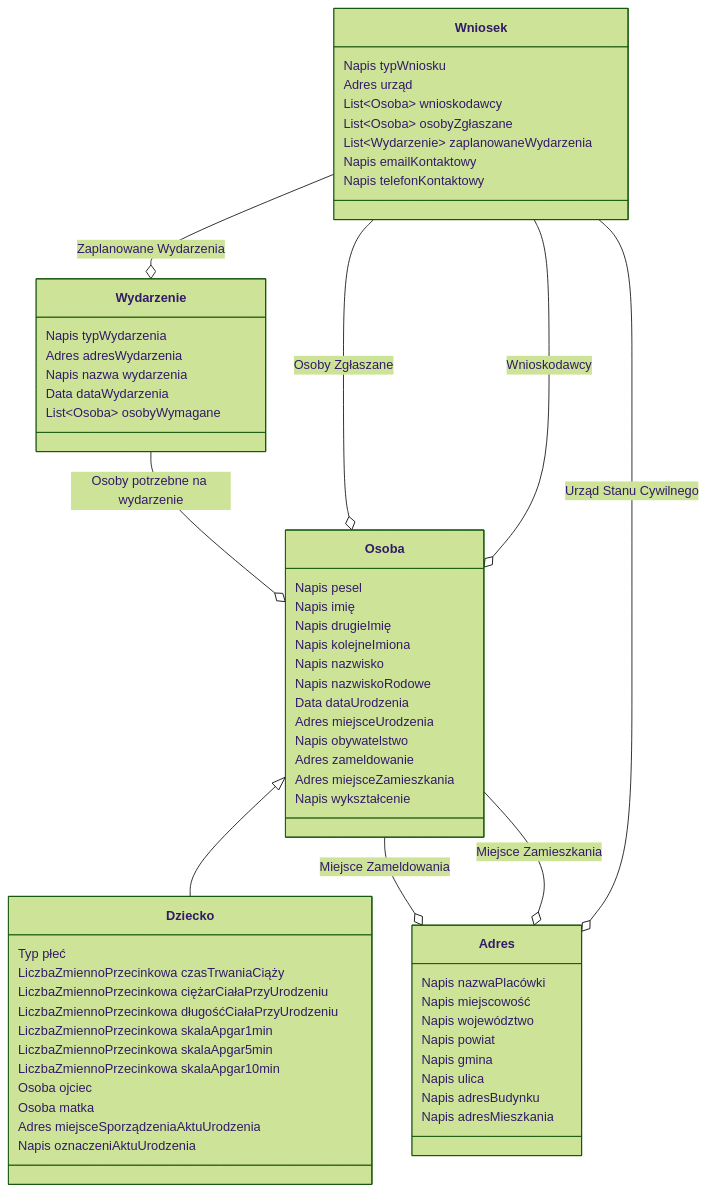
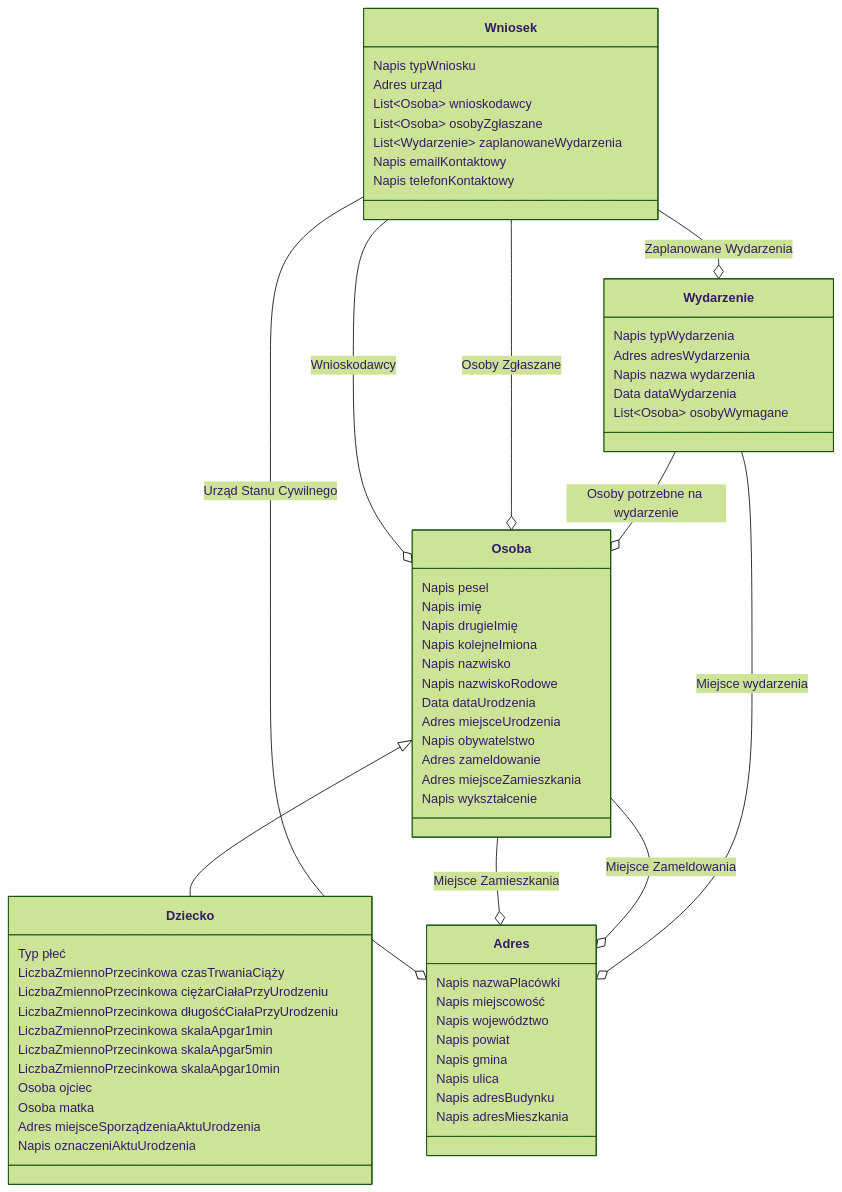
One commit to bartlomiejkrawczyk/ZPI-22Z changed the sixth of 6 diagrams in README.md. Above: the diagram before and after it, drawn with Mermaid (forest theme).

Commit message:
Add place of event

````diff
--- a/README.md
+++ b/README.md
@@ -835,4 +835,5 @@
 
 
     Wydarzenie --o Osoba : Osoby potrzebne na wydarzenie
+    Wydarzenie --o Adres : Miejsce wydarzenia
 ```
````
